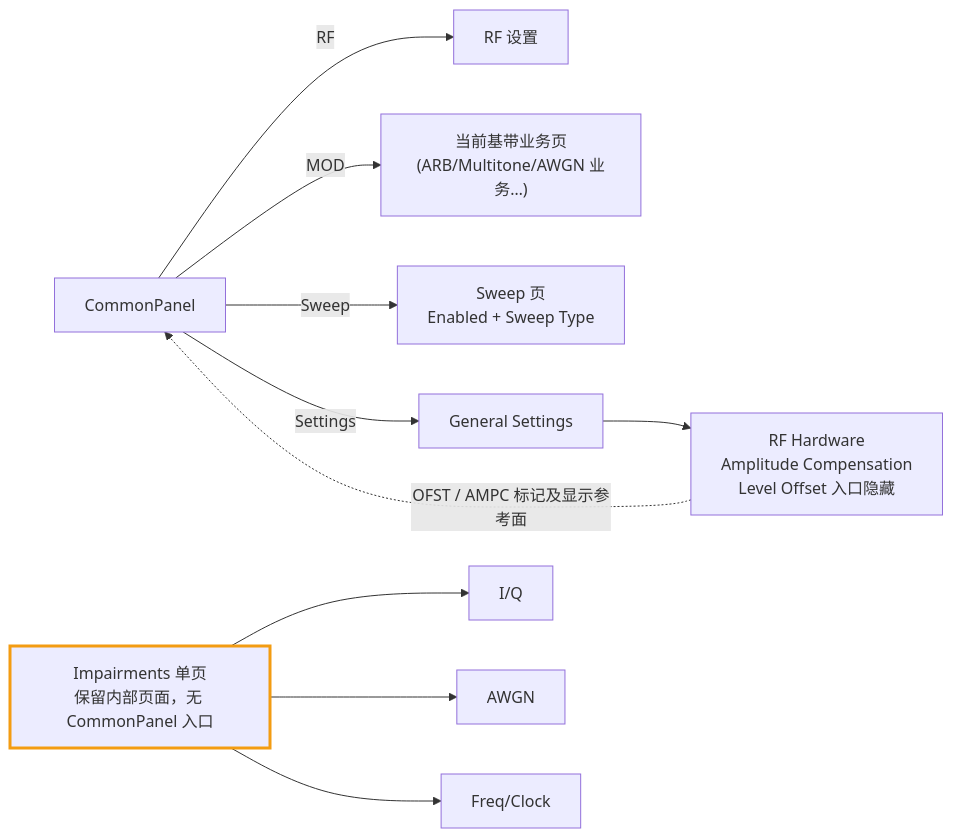
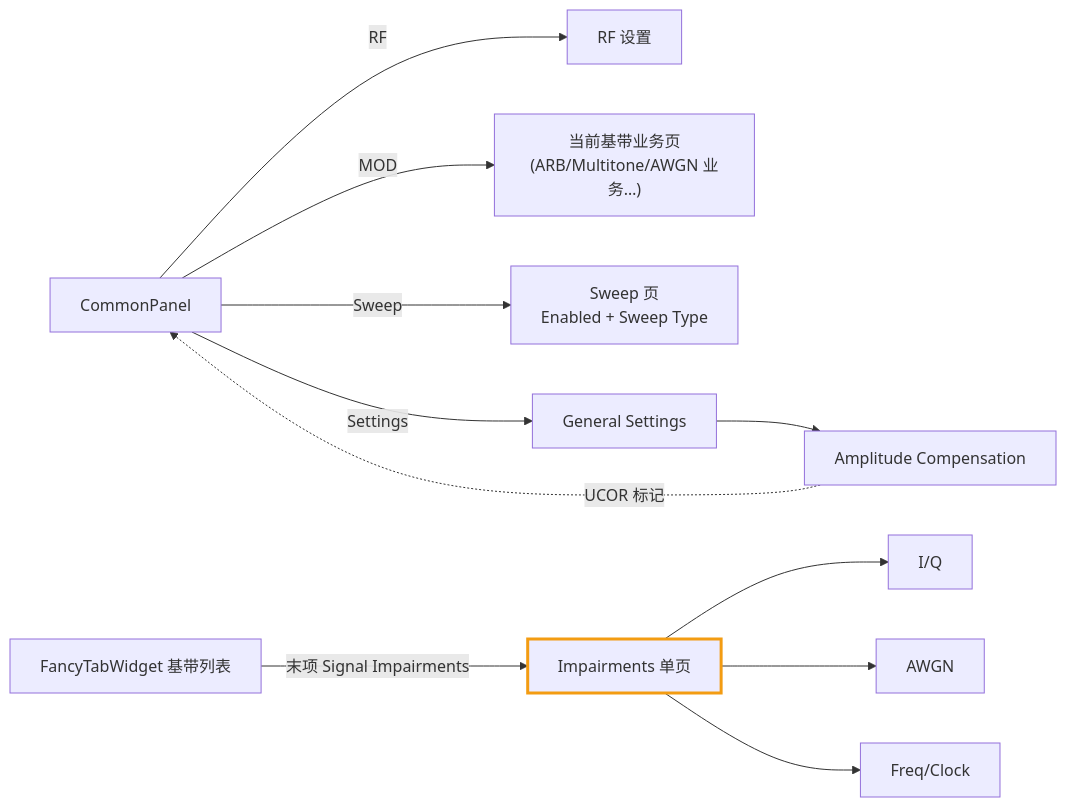
The third of 4 diagrams in .github/KnowledgeBase/signal_impairments_ui_entry_design.md (ChairmanHA/skills), drawn with Mermaid before and after one commit. The commit also changed other lines of this file and 16 other files, not shown here.

````diff
--- a/.github/KnowledgeBase/signal_impairments_ui_entry_design.md
+++ b/.github/KnowledgeBase/signal_impairments_ui_entry_design.md
@@ -247,14 +228,14 @@
 ```mermaid
 flowchart LR
     CP["CommonPanel"] -->|RF| RFP["RF 设置"]
     CP -->|MOD| BIZ["当前基带业务页<br/>(ARB/Multitone/AWGN 业务…)"]
     CP -->|Sweep| SWP["Sweep 页<br/>Enabled + Sweep Type"]
-    IMPP["Impairments 单页<br/>保留内部页面，无 CommonPanel 入口"]:::newPage
+    LIST["FancyTabWidget 基带列表"] -->|末项 Signal Impairments| IMPP["Impairments 单页"]:::newPage
     CP -->|Settings| DSP["General Settings"]
     IMPP --> G1["I/Q"]
     IMPP --> G2["AWGN"]
     IMPP --> G3["Freq/Clock"]
-    DSP --> RFH["RF Hardware<br/>Amplitude Compensation<br/>Level Offset 入口隐藏"]
-    RFH -. OFST / AMPC 标记及显示参考面 .-> CP
+    DSP --> AMP["Amplitude Compensation"]
+    AMP -. UCOR 标记 .-> CP
     classDef newPage stroke:#f39c12,stroke-width:3px
 ```
````
